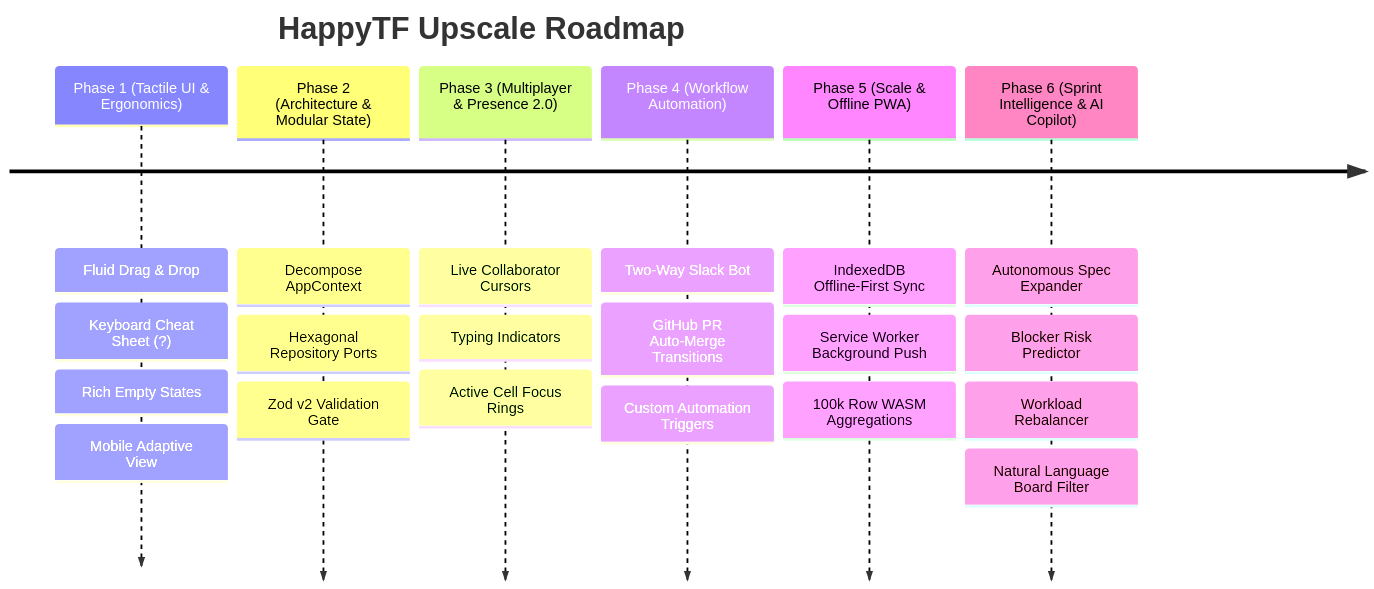
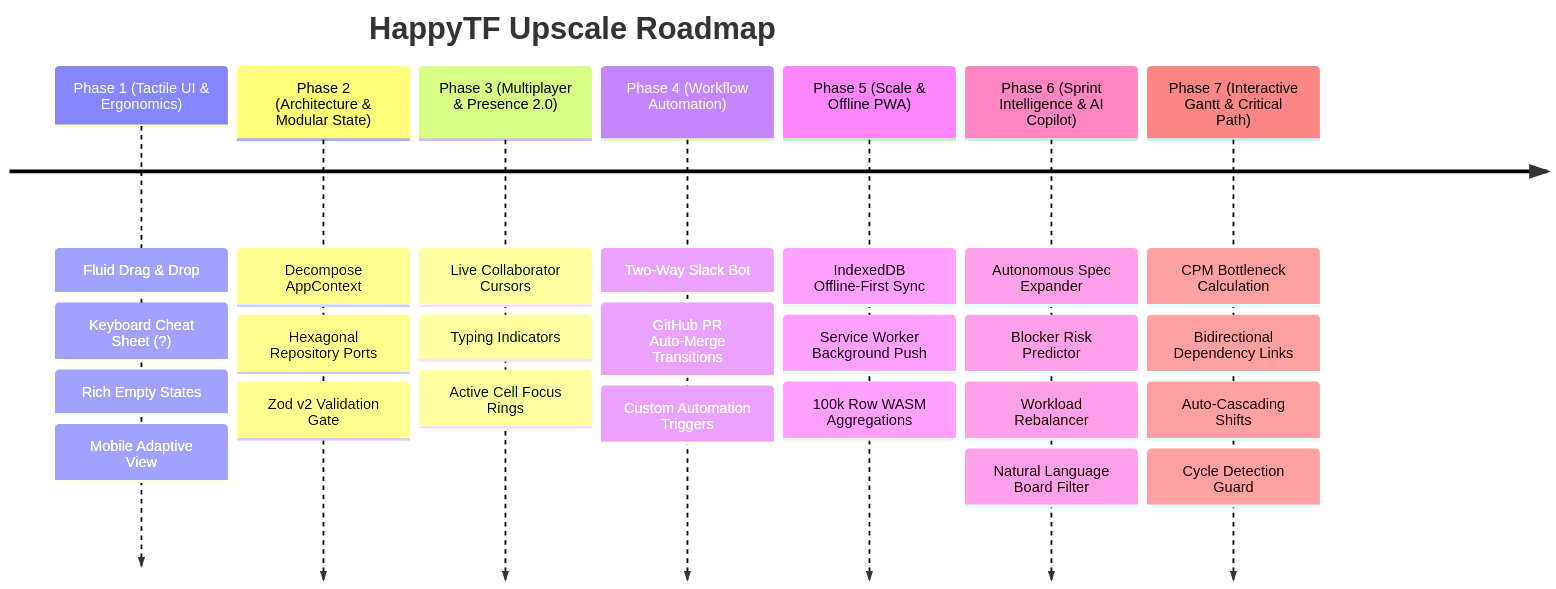
Before and after one commit to Realwaan/HappyTF: the diagram in UPSCALE.md, drawn with Mermaid. The commit also changed other lines of this file and 8 other files, not shown here.

Commit message:
feat(timeline): implement Phase 7 interactive Gantt and Critical Path Method (CPM) engine

````diff
--- a/UPSCALE.md
+++ b/UPSCALE.md
@@ -14,10 +14,11 @@
 ```mermaid
 timeline
     title HappyTF Upscale Roadmap
     Phase 1 (Tactile UI & Ergonomics) : Fluid Drag & Drop : Keyboard Cheat Sheet (?) : Rich Empty States : Mobile Adaptive View
     Phase 2 (Architecture & Modular State) : Decompose AppContext : Hexagonal Repository Ports : Zod v2 Validation Gate
     Phase 3 (Multiplayer & Presence 2.0) : Live Collaborator Cursors : Typing Indicators : Active Cell Focus Rings
     Phase 4 (Workflow Automation) : Two-Way Slack Bot : GitHub PR Auto-Merge Transitions : Custom Automation Triggers
     Phase 5 (Scale & Offline PWA) : IndexedDB Offline-First Sync : Service Worker Background Push : 100k Row WASM Aggregations
     Phase 6 (Sprint Intelligence & AI Copilot) : Autonomous Spec Expander : Blocker Risk Predictor : Workload Rebalancer : Natural Language Board Filter
+    Phase 7 (Interactive Gantt & Critical Path) : CPM Bottleneck Calculation : Bidirectional Dependency Links : Auto-Cascading Shifts : Cycle Detection Guard
 ```
````
